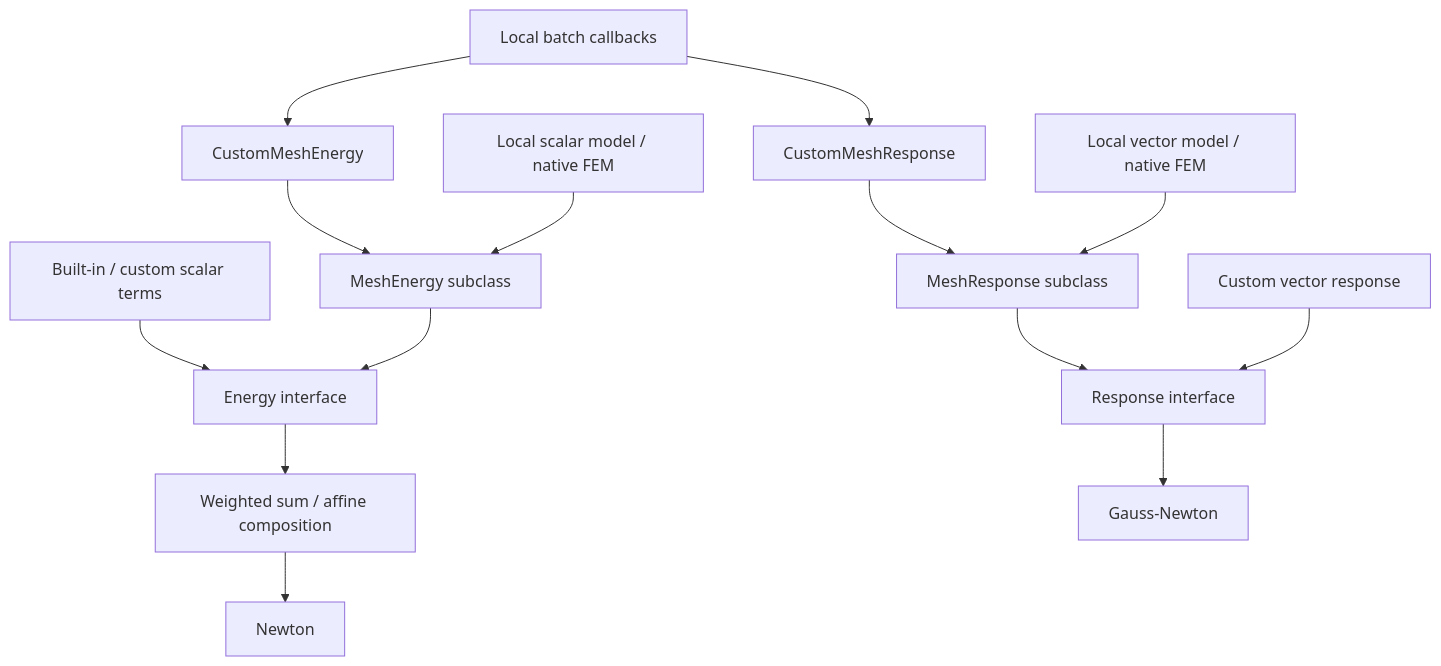
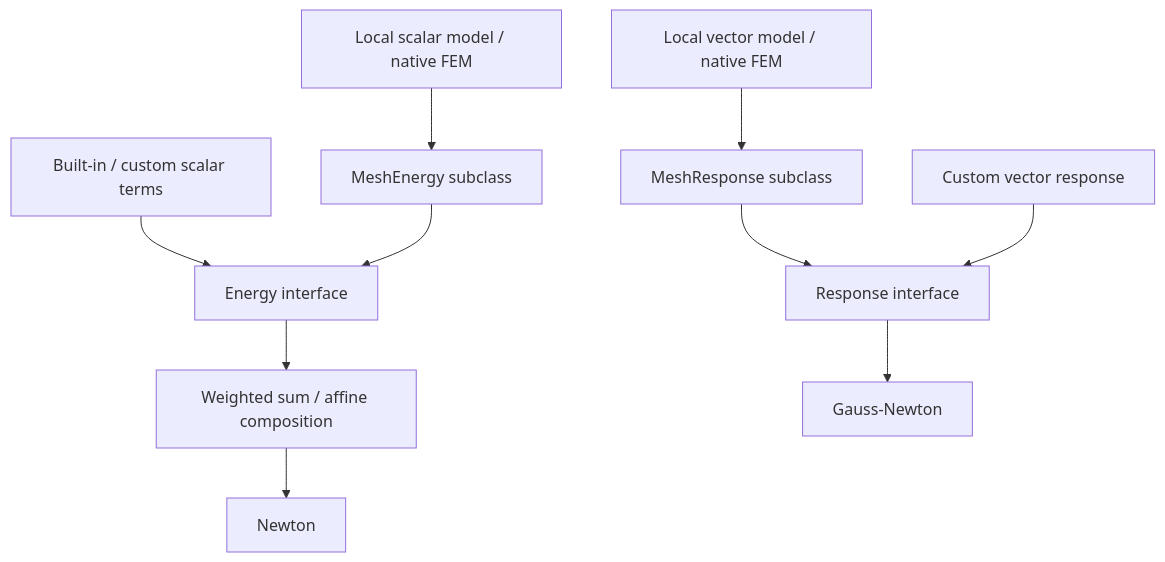
Before and after one commit to annajcy/litepgo: the diagram in docs/guide/energy/index.md, drawn with Mermaid. The commit also changed 32 other files, not shown here.

Commit message:
Remove custom mesh adapters and standardize subclass APIs

````diff
--- a/docs/guide/energy/index.md
+++ b/docs/guide/energy/index.md
@@ -15,18 +15,14 @@
 ```mermaid
 flowchart TB
   accTitle: Energy and response construction paths
-  accDescr: MeshEnergy and MeshResponse subclasses assemble local terms; CustomMeshEnergy and CustomMeshResponse adapt callbacks to those bases. Scalar composites feed Newton while residual responses feed Gauss-Newton.
+  accDescr: MeshEnergy and MeshResponse subclasses assemble local terms through batch overrides. Scalar composites feed Newton while residual responses feed Gauss-Newton.
   scalar["Built-in / custom scalar terms"] --> energy["Energy interface"]
-  batches["Local batch callbacks"] --> meshEnergy["CustomMeshEnergy"]
-  meshEnergy --> meshEnergyBase["MeshEnergy subclass"]
-  localEnergy["Local scalar model / native FEM"] --> meshEnergyBase
+  localEnergy["Local scalar model / native FEM"] --> meshEnergyBase["MeshEnergy subclass"]
   meshEnergyBase --> energy
-  batches --> meshResponse["CustomMeshResponse"]
-  meshResponse --> meshResponseBase["MeshResponse subclass"]
-  localResponse["Local vector model / native FEM"] --> meshResponseBase
+  localResponse["Local vector model / native FEM"] --> meshResponseBase["MeshResponse subclass"]
   meshResponseBase --> response["Response interface"]
   customResponse["Custom vector response"] --> response
   energy --> composed["Weighted sum / affine composition"]
   composed --> newton["Newton"]
   response --> fit["Gauss-Newton"]
 ```
````
